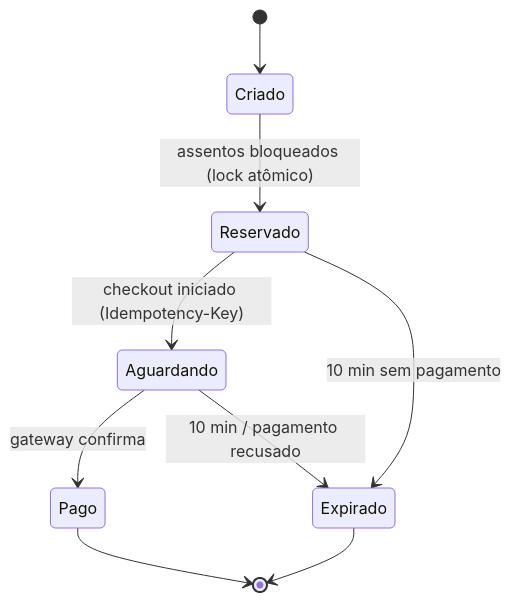
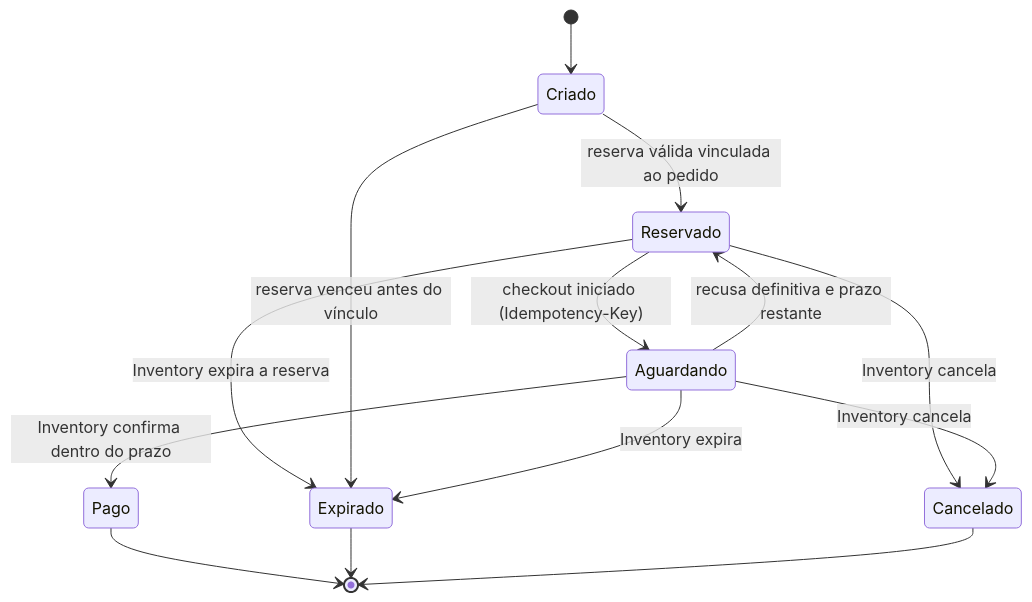
Before and after one commit to FrancineDelanni/TF-Construcao-de-Software: the diagram in docs/02-visao.md, drawn with Mermaid. The commit also changed other lines of this file and 11 other files, not shown here.

````diff
--- a/docs/02-visao.md
+++ b/docs/02-visao.md
@@ -119,11 +119,16 @@
 ```mermaid
 stateDiagram-v2
     [*] --> Criado
-    Criado --> Reservado: assentos bloqueados (lock atômico)
+    Criado --> Reservado: reserva válida vinculada ao pedido
     Reservado --> Aguardando: checkout iniciado (Idempotency-Key)
-    Reservado --> Expirado: 10 min sem pagamento
-    Aguardando --> Pago: gateway confirma
-    Aguardando --> Expirado: 10 min / pagamento recusado
+    Reservado --> Expirado: Inventory expira a reserva
+    Criado --> Expirado: reserva venceu antes do vínculo
+    Aguardando --> Reservado: recusa definitiva e prazo restante
+    Aguardando --> Pago: Inventory confirma dentro do prazo
+    Aguardando --> Expirado: Inventory expira
+    Reservado --> Cancelado: Inventory cancela
+    Aguardando --> Cancelado: Inventory cancela
     Pago --> [*]
     Expirado --> [*]
+    Cancelado --> [*]
 ```
````
